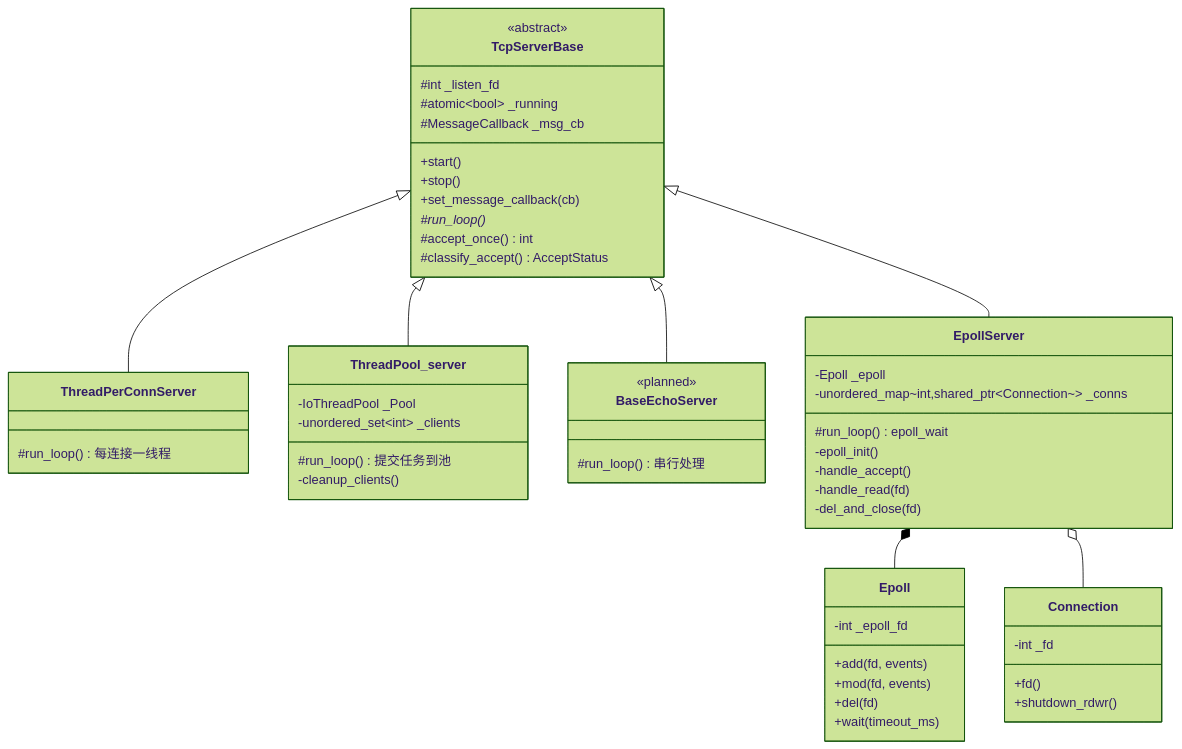
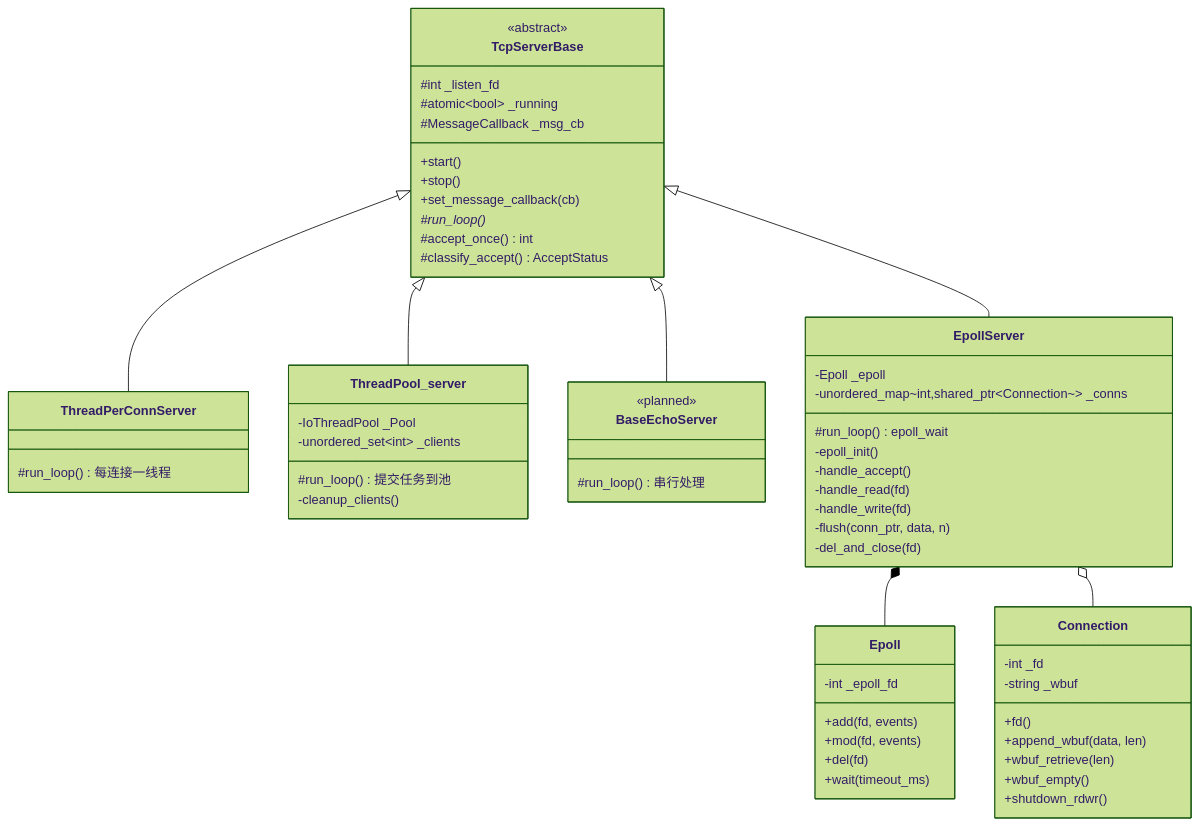
The diagram in README.md (xyt-dc/socket_server), drawn with Mermaid (forest theme) before and after one commit. The commit also changed other lines of this file, not shown here.

````diff
--- a/README.md
+++ b/README.md
@@ -62,57 +63,63 @@
 ```mermaid
 classDiagram
     class TcpServerBase {
         <<abstract>>
         #int _listen_fd
         #atomic~bool~ _running
         #MessageCallback _msg_cb
         +start()
         +stop()
         +set_message_callback(cb)
         #run_loop()* 
         #accept_once() int
         #classify_accept() AcceptStatus
     }
     class ThreadPerConnServer {
         #run_loop() 每连接一线程
     }
     class ThreadPool_server {
         -IoThreadPool _Pool
         -unordered_set~int~ _clients
         #run_loop() 提交任务到池
         -cleanup_clients()
     }
     class BaseEchoServer {
         <<planned>>
         #run_loop() 串行处理
     }
     class EpollServer {
         -Epoll _epoll
         -unordered_map~int,shared_ptr~Connection~~ _conns
         #run_loop() epoll_wait
         -epoll_init()
         -handle_accept()
         -handle_read(fd)
+        -handle_write(fd)
+        -flush(conn_ptr, data, n)
         -del_and_close(fd)
     }
 
     class Epoll {
         -int _epoll_fd
         +add(fd, events)
         +mod(fd, events)
         +del(fd)
         +wait(timeout_ms)
     }
     class Connection {
         -int _fd
+        -string _wbuf
         +fd()
+        +append_wbuf(data, len)
+        +wbuf_retrieve(len)
+        +wbuf_empty()
         +shutdown_rdwr()
     }
 
     TcpServerBase <|-- ThreadPerConnServer
     TcpServerBase <|-- ThreadPool_server
     TcpServerBase <|-- BaseEchoServer
     TcpServerBase <|-- EpollServer
     EpollServer *-- Epoll
     EpollServer o-- Connection
 ```
````
